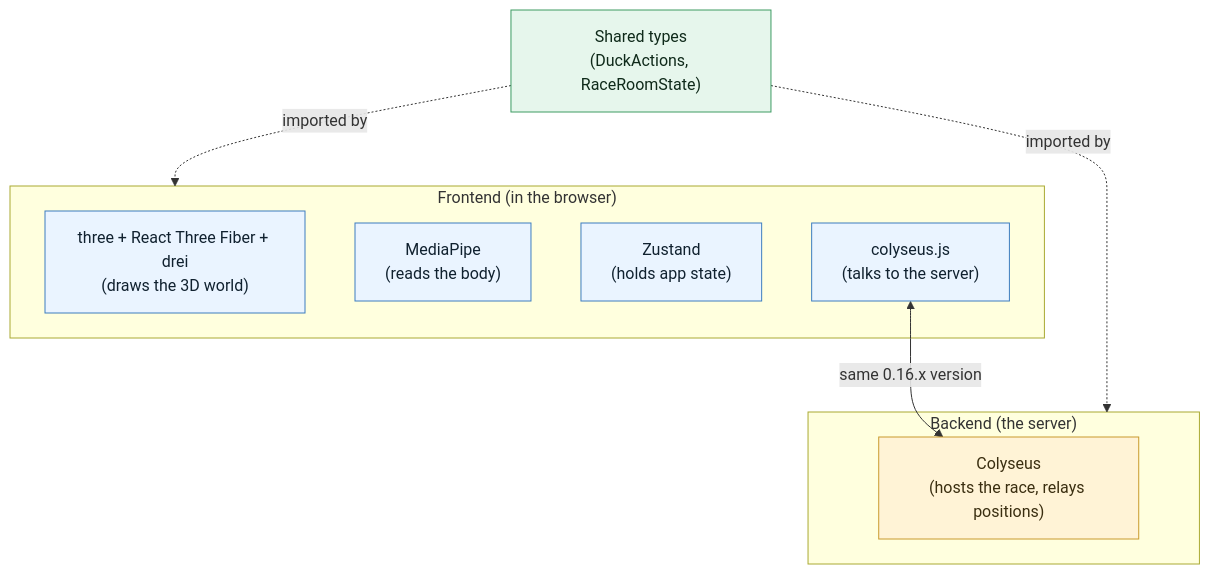
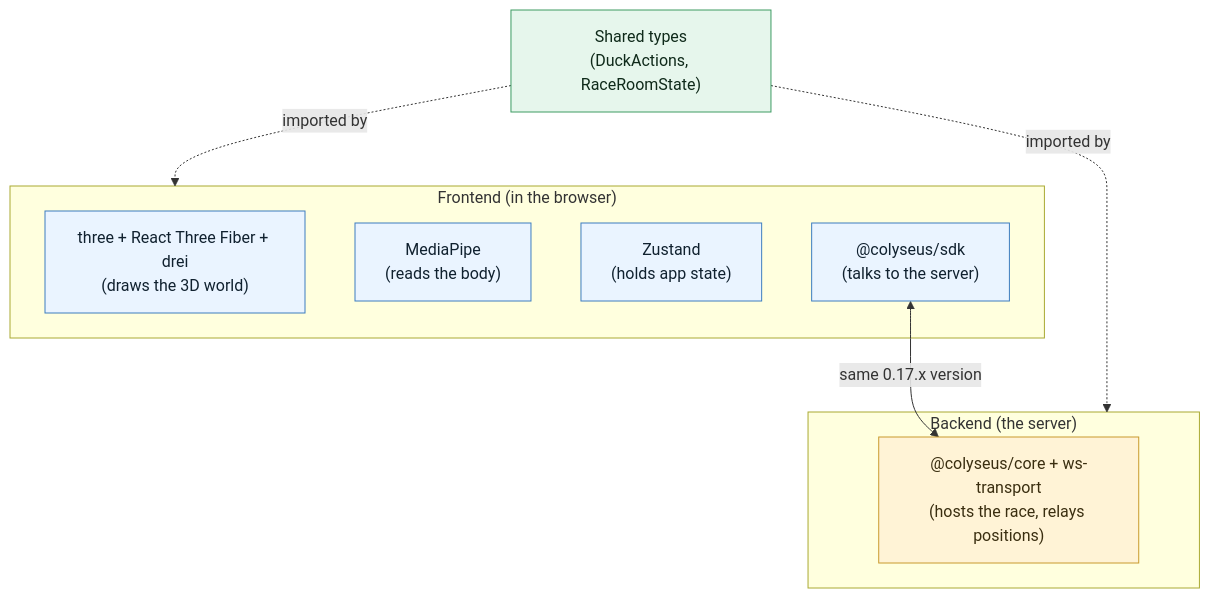
Before and after one commit to tran3066/DucksFly: the diagram in docs/TECH_STACK.md, drawn with Mermaid. The commit also changed other lines of this file and 11 other files, not shown here.

````diff
--- a/docs/TECH_STACK.md
+++ b/docs/TECH_STACK.md
@@ -166,24 +188,24 @@
 ```mermaid
 flowchart TB
     subgraph FE["Frontend (in the browser)"]
         REND["three + React Three Fiber + drei<br/>(draws the 3D world)"]
         MP["MediaPipe<br/>(reads the body)"]
         ST["Zustand<br/>(holds app state)"]
-        NETC["colyseus.js<br/>(talks to the server)"]
+        NETC["@colyseus/sdk<br/>(talks to the server)"]
     end
     subgraph BE["Backend (the server)"]
-        COL["Colyseus<br/>(hosts the race, relays positions)"]
+        COL["@colyseus/core + ws-transport<br/>(hosts the race, relays positions)"]
     end
     SH["Shared types<br/>(DuckActions, RaceRoomState)"]
 
-    NETC <-->|"same 0.16.x version"| COL
+    NETC <-->|"same 0.17.x version"| COL
     SH -.->|"imported by"| FE
     SH -.->|"imported by"| BE
 
     classDef fe fill:#EAF4FF,stroke:#3D7DBF,color:#10212F
     classDef be fill:#FFF3D6,stroke:#C99A2E,color:#3A2E10
     classDef sh fill:#E6F6EC,stroke:#3E9B63,color:#0F2A1A
     class REND,MP,ST,NETC fe
     class COL be
     class SH sh
 ```
````
